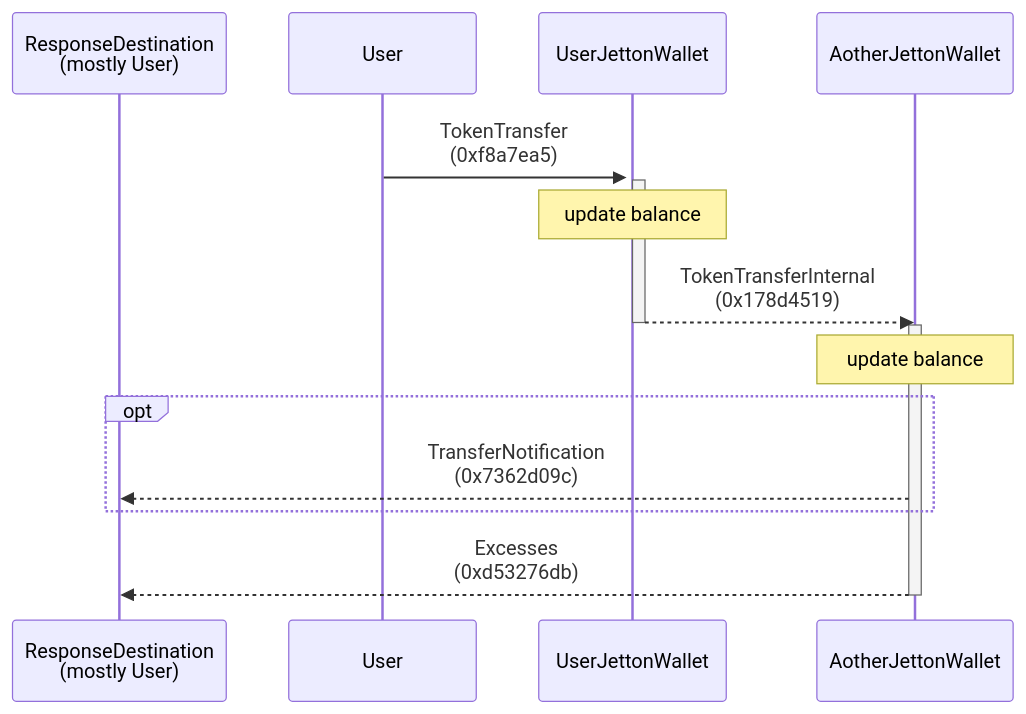
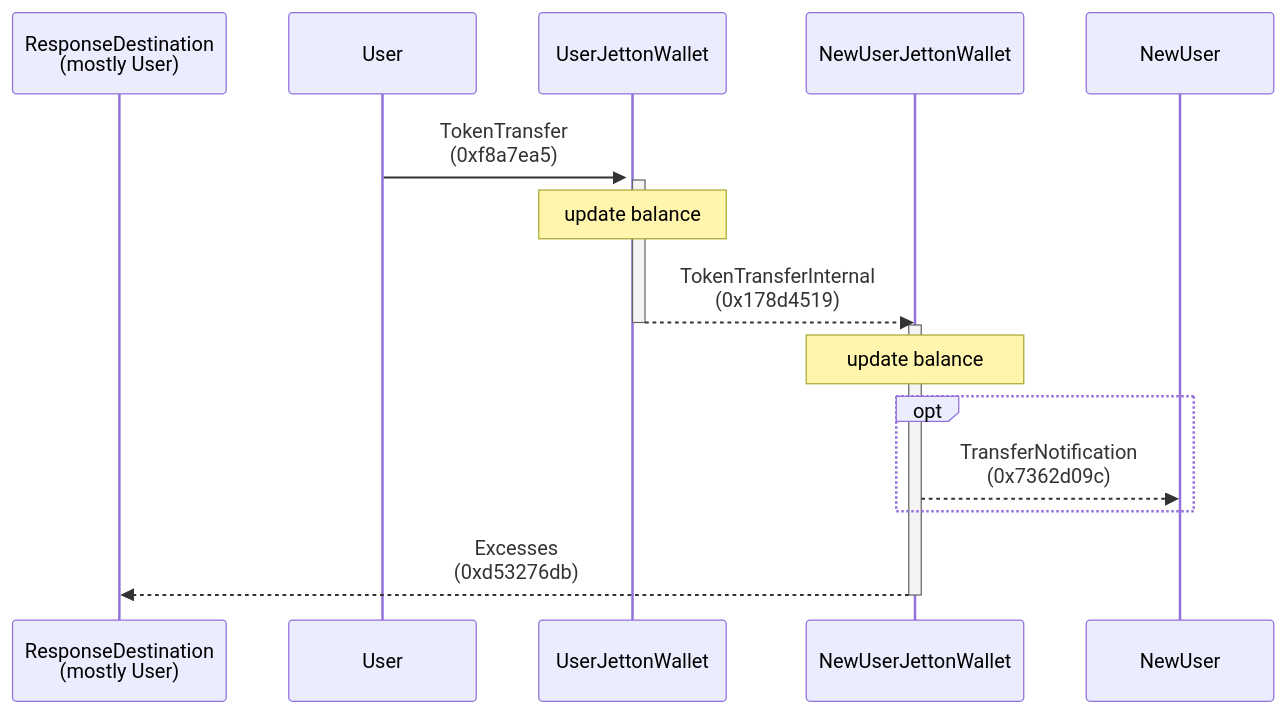
Before and after one commit to Laisky/tact-utils: the second of 3 diagrams in contracts/jetton/README.md, drawn with Mermaid. The commit also changed 2 other files, not shown here.

Commit message:
fix: TransferNotification should be sent to the new owner of jetton

````diff
--- a/contracts/jetton/README.md
+++ b/contracts/jetton/README.md
@@ -49,18 +49,19 @@
 ```mermaid
 sequenceDiagram
     participant D as ResponseDestination<BR />(mostly User)
     participant B as User
     participant C as UserJettonWallet
-    participant E as AotherJettonWallet
+    participant E as NewUserJettonWallet
+    participant F as NewUser
 
     B ->>+ C: TokenTransfer<BR />(0xf8a7ea5)
     activate C
     Note over C: update balance
     C -->>- E: TokenTransferInternal<BR />(0x178d4519)
     activate E
     Note over E: update balance
     opt
-      E -->> D: TransferNotification<BR />(0x7362d09c)
+      E -->> F: TransferNotification<BR />(0x7362d09c)
     end
     E -->>- D: Excesses<BR />(0xd53276db)
 ```
````
